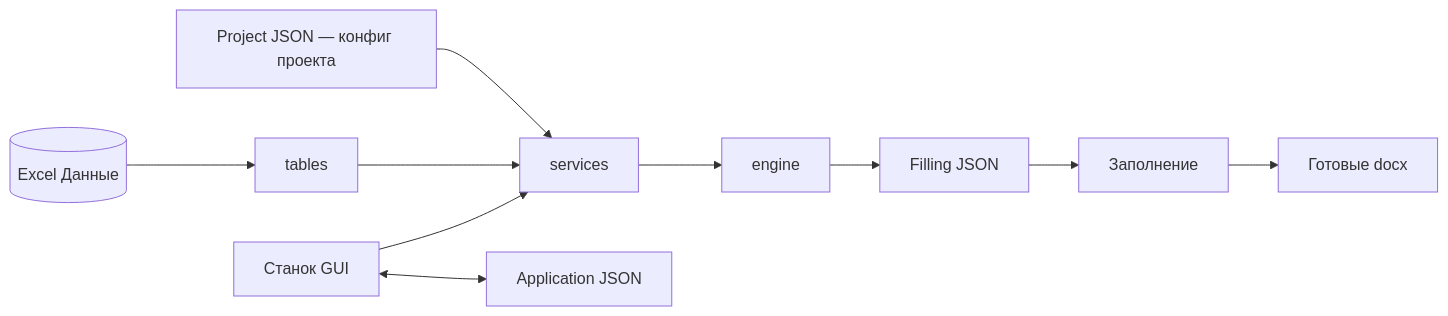
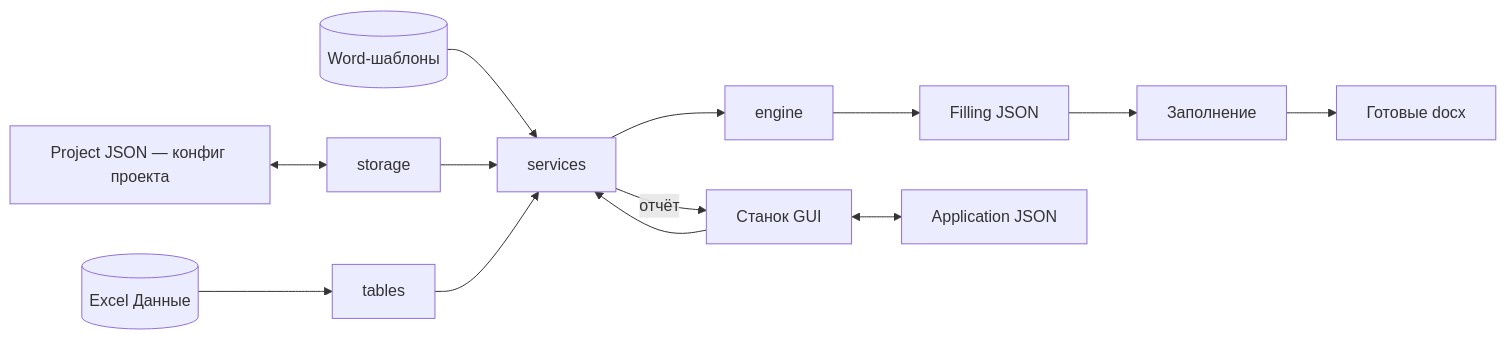
Before and after one commit to kirill406/Stanok: the second of 3 diagrams in specs/spec.md, drawn with Mermaid. The commit also changed other lines of this file and 5 other files, not shown here.

Commit message:
Исправления по ревью: pre-commit кроссплатформенный, README/Spec/Architecture согласованы

````diff
--- a/specs/spec.md
+++ b/specs/spec.md
@@ -112,12 +112,15 @@
 ```mermaid
 flowchart LR
-    PJ[Project JSON — конфиг проекта] --> SVC[services]
+    Word[(Word-шаблоны)] --> SVC[services]
+    PJ[Project JSON — конфиг проекта] <--> STO[storage]
+    STO --> SVC
     Excel[(Excel Данные)] --> Tables[tables]
     Tables --> SVC
     SVC --> Engine[engine]
     Engine --> FJ[Filling JSON]
     FJ --> Filling[Заполнение]
     Filling --> Docs[Готовые docx]
     GUI[Станок GUI] <--> AJ[Application JSON]
     GUI --> SVC
+    SVC -- отчёт --> GUI
 ```
````
